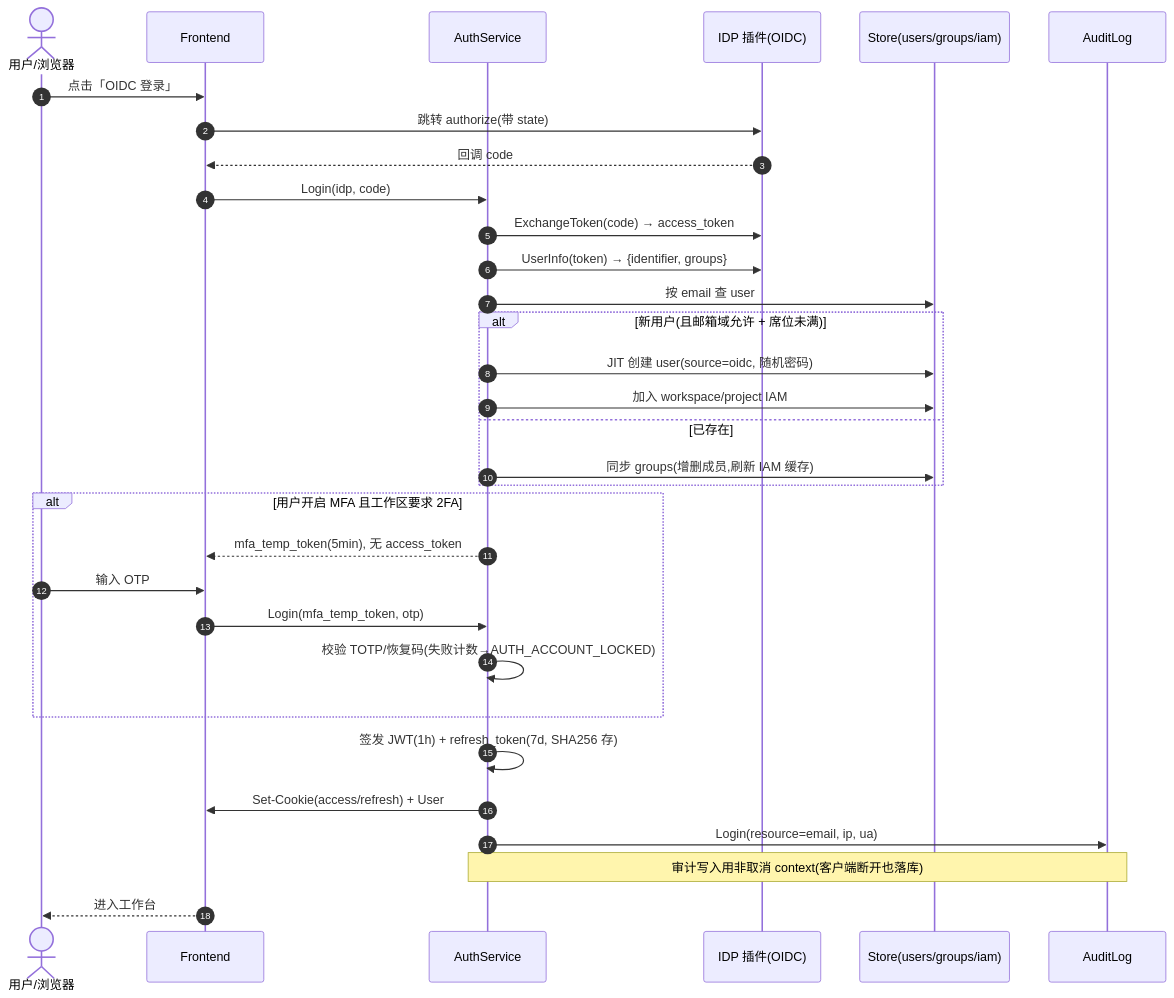
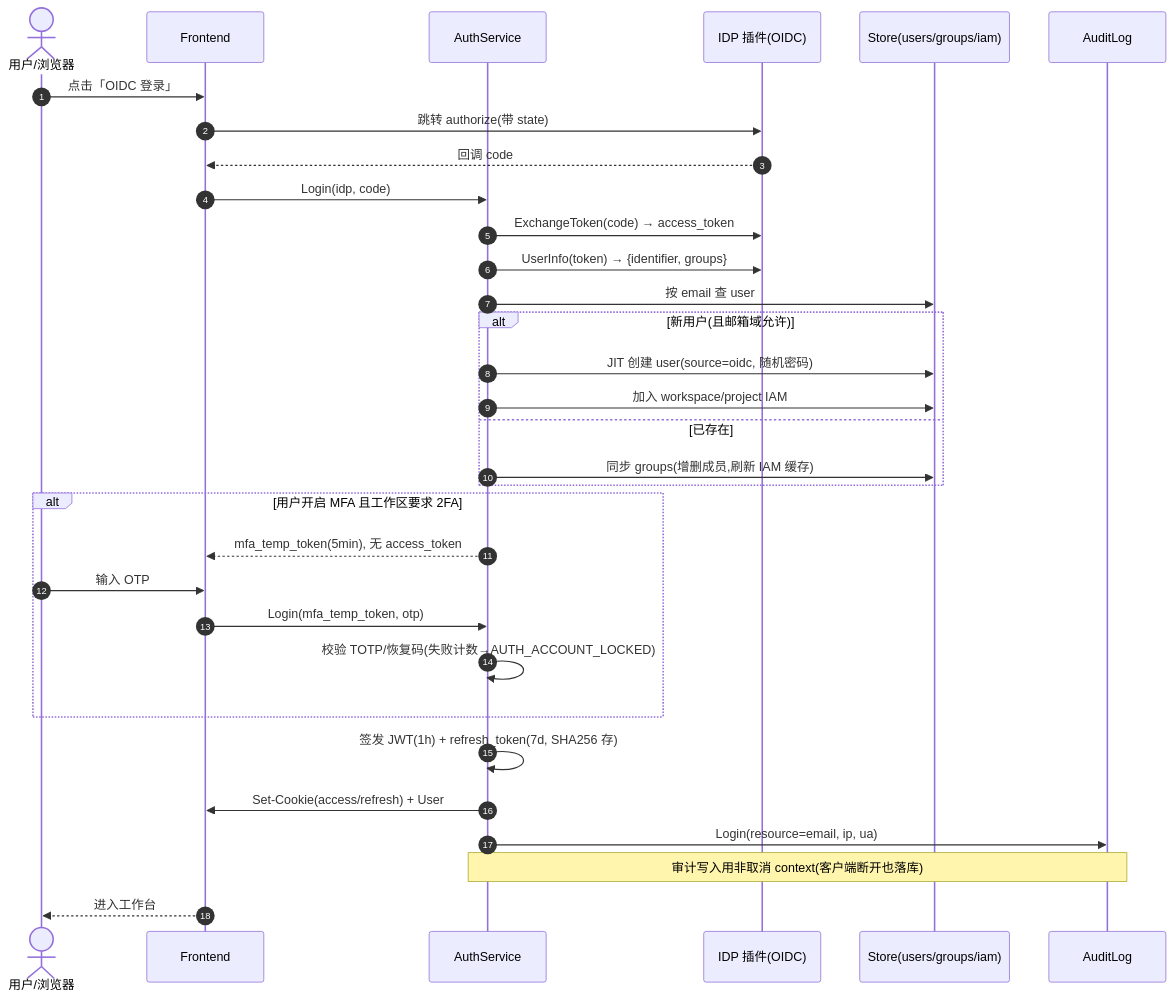
The first of 4 diagrams in 13-sequences.md (junejs/DBHub), drawn with Mermaid before and after one commit. The commit also changed other lines of this file and 12 other files, not shown here.

````diff
--- a/13-sequences.md
+++ b/13-sequences.md
@@ -11,35 +11,35 @@
 ```mermaid
 sequenceDiagram
     autonumber
     actor U as 用户/浏览器
     participant F as Frontend
     participant A as AuthService
     participant IDP as IDP 插件(OIDC)
     participant S as Store(users/groups/iam)
     participant AU as AuditLog
 
     U->>F: 点击「OIDC 登录」
     F->>IDP: 跳转 authorize(带 state)
     IDP-->>F: 回调 code
     F->>A: Login(idp, code)
     A->>IDP: ExchangeToken(code) → access_token
     A->>IDP: UserInfo(token) → {identifier, groups}
     A->>S: 按 email 查 user
-    alt 新用户(且邮箱域允许 + 席位未满)
+    alt 新用户(且邮箱域允许)
         A->>S: JIT 创建 user(source=oidc, 随机密码)
         A->>S: 加入 workspace/project IAM
     else 已存在
         A->>S: 同步 groups(增删成员,刷新 IAM 缓存)
     end
     alt 用户开启 MFA 且工作区要求 2FA
         A-->>F: mfa_temp_token(5min), 无 access_token
         U->>F: 输入 OTP
         F->>A: Login(mfa_temp_token, otp)
         A->>A: 校验 TOTP/恢复码(失败计数→AUTH_ACCOUNT_LOCKED)
     end
     A->>A: 签发 JWT(1h) + refresh_token(7d, SHA256 存)
     A->>F: Set-Cookie(access/refresh) + User
     A->>AU: Login(resource=email, ip, ua)
     Note over A,AU: 审计写入用非取消 context(客户端断开也落库)
     F-->>U: 进入工作台
 ```
````
